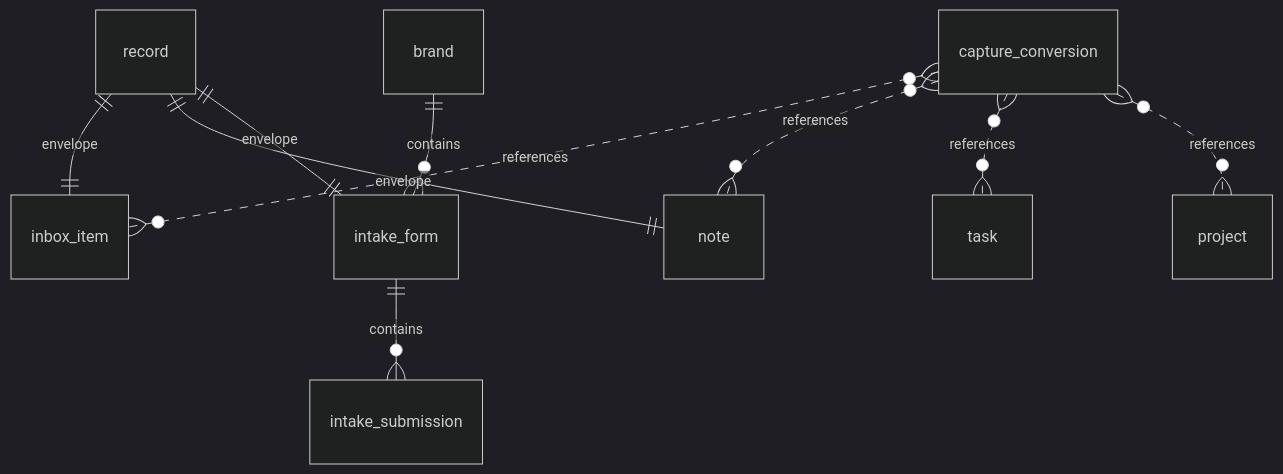
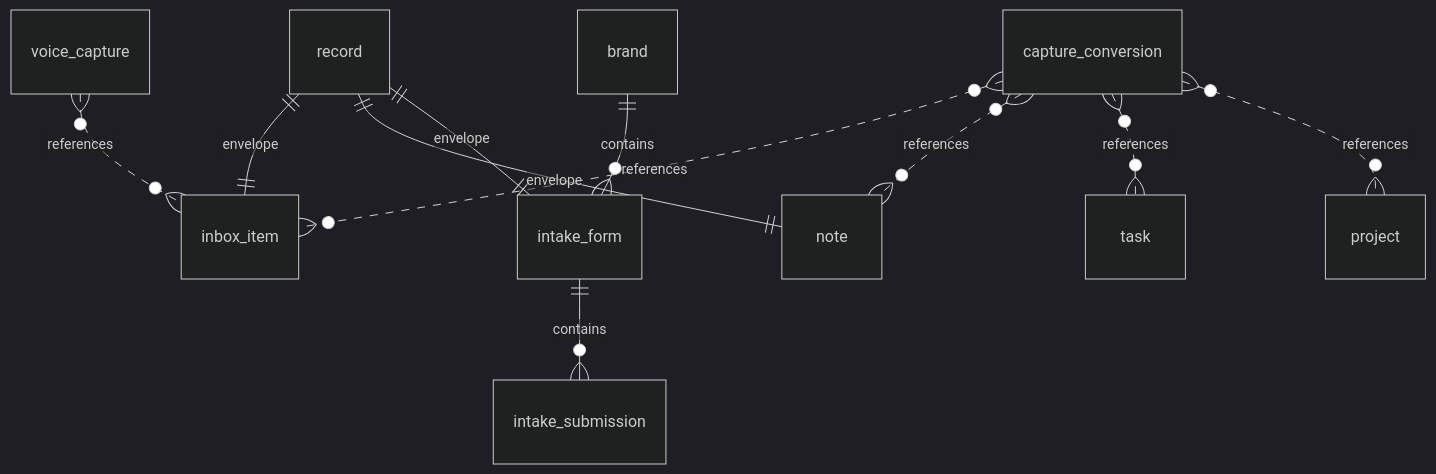
Diagram 14 of 31 in docs/architecture/data/generated/er-diagrams.md (KatrielMoses/pm), drawn with Mermaid (dark theme) before and after one commit. The commit also changed other lines of this file and 55 other files, not shown here.

````diff
--- a/docs/architecture/data/generated/er-diagrams.md
+++ b/docs/architecture/data/generated/er-diagrams.md
@@ -206,12 +206,13 @@
 ```mermaid
 erDiagram
   record ||--|| inbox_item : "envelope"
   record ||--|| note : "envelope"
   brand ||--o{ intake_form : "contains"
   record ||--|| intake_form : "envelope"
   intake_form ||--o{ intake_submission : "contains"
   capture_conversion }o..o{ inbox_item : "references"
   capture_conversion }o..o{ note : "references"
   capture_conversion }o..o{ task : "references"
   capture_conversion }o..o{ project : "references"
+  voice_capture }o..o{ inbox_item : "references"
 ```
````
